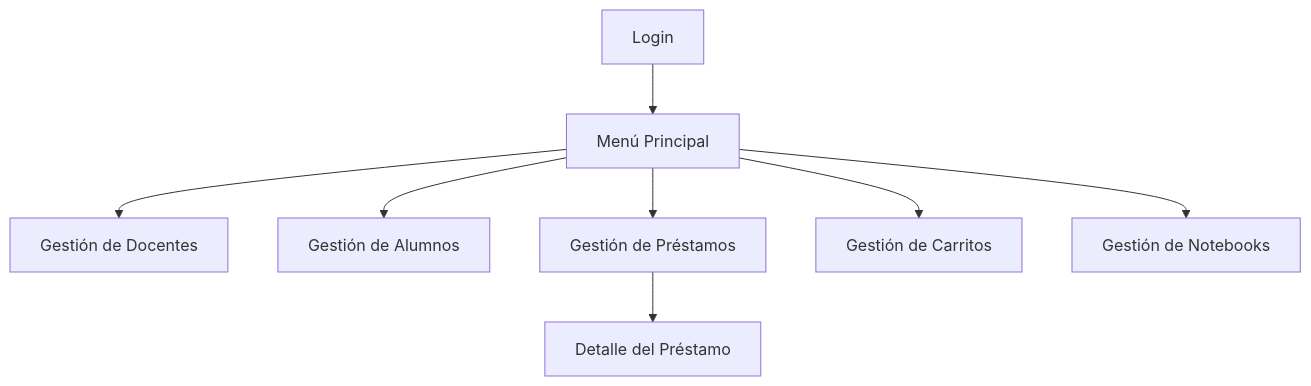
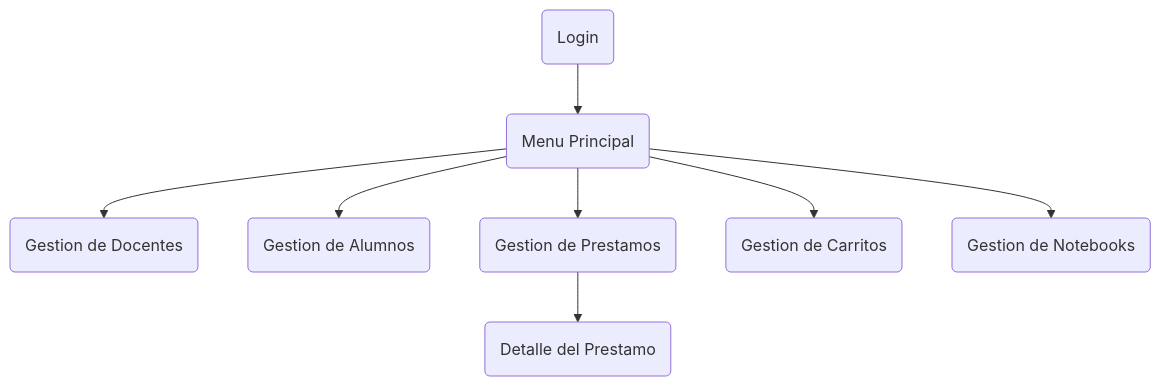
The diagram in Document/NavegationDiagram.md (Misael-jk/Aula_Digital), drawn with Mermaid before and after one commit. The commit also changed 11 other files, not shown here.

````diff
--- a/Document/NavegationDiagram.md
+++ b/Document/NavegationDiagram.md
@@ -1,21 +1,22 @@
 ```mermaid
 
 graph TD
-    Login[Login]
-    Menu[Menú Principal]
-    GestionDocentes[Gestión de Docentes]
-    GestionAlumnos[Gestión de Alumnos]
-    Prestamos[Gestión de Préstamos]
-    DetallePrestamo[Detalle del Préstamo]
-    Carritos[Gestión de Carritos]
-    Notebooks[Gestión de Notebooks]
+    Login(Login)
+    Menu(Menu Principal)
+    GestionDocentes(Gestion de Docentes)
+    GestionAlumnos(Gestion de Alumnos)
+    Prestamos(Gestion de Prestamos)
+    DetallePrestamo(Detalle del Prestamo)
+    Carritos(Gestion de Carritos)
+    Notebooks(Gestion de Notebooks)
 
     Login --> Menu
     Menu --> GestionDocentes
     Menu --> GestionAlumnos
     Menu --> Prestamos
     Prestamos --> DetallePrestamo
     Menu --> Carritos
     Menu --> Notebooks
 
+
 ```
````
